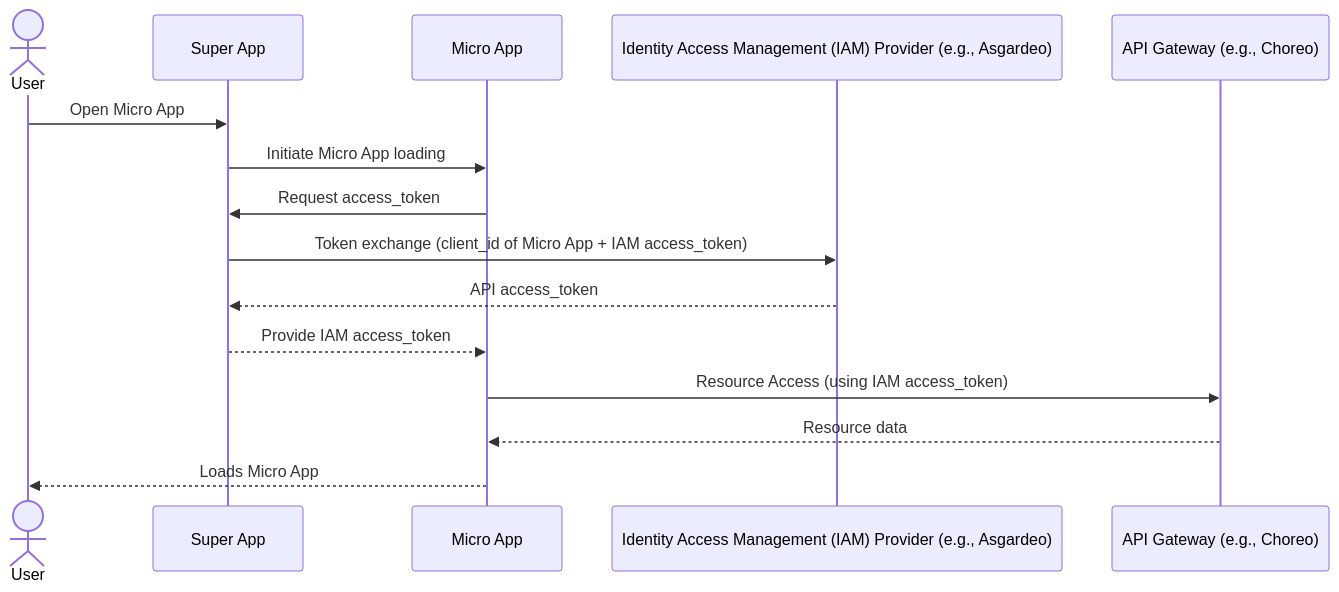
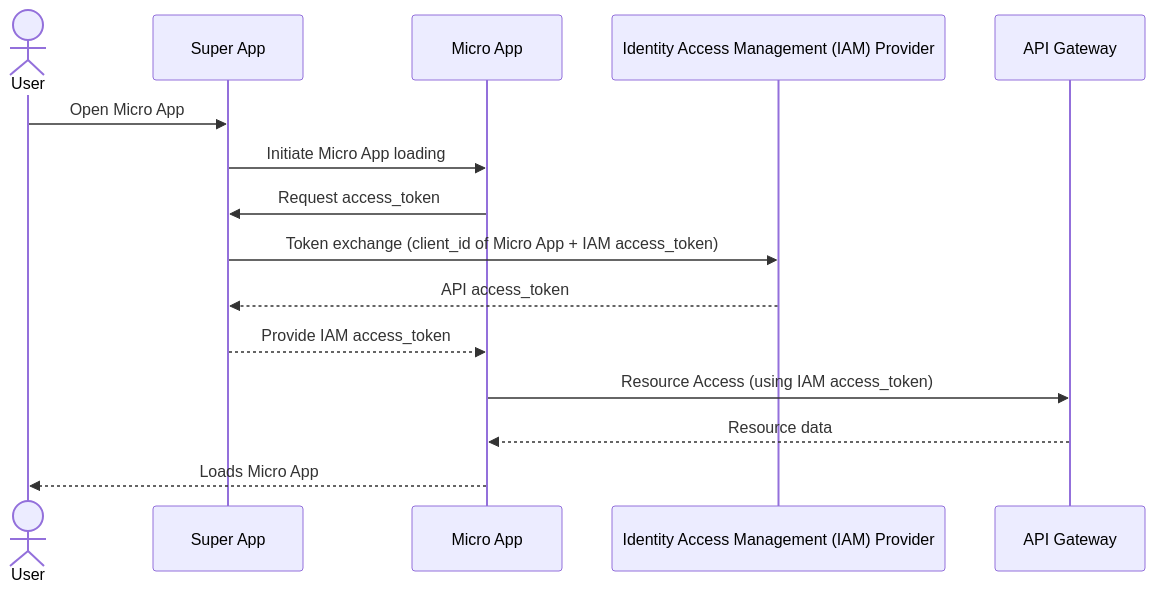
One commit to opensuperapp/opensuperapp changed the second of 2 diagrams in frontend/README.md. Above: the diagram before and after it, drawn with Mermaid. The commit also changed other lines of this file, not shown here.

````diff
--- a/frontend/README.md
+++ b/frontend/README.md
@@ -90,18 +88,18 @@
 ```mermaid
 sequenceDiagram
     actor User
     participant Super App
     participant Micro App
-    participant IAM as Identity Access Management (IAM) Provider (e.g., Asgardeo)
-    participant Gateway as API Gateway (e.g., Choreo)
+    participant IAM as Identity Access Management (IAM) Provider
+    participant Gateway as API Gateway
 
     User ->> Super App: Open Micro App
     Super App ->> Micro App: Initiate Micro App loading
     Micro App ->> Super App: Request access_token
     Super App ->> IAM: Token exchange (client_id of Micro App + IAM access_token)
     IAM -->> Super App: API access_token
     Super App -->> Micro App: Provide IAM access_token
     Micro App ->> Gateway: Resource Access (using IAM access_token)
     Gateway -->> Micro App: Resource data
     Micro App -->> User: Loads Micro App
 ```
````
